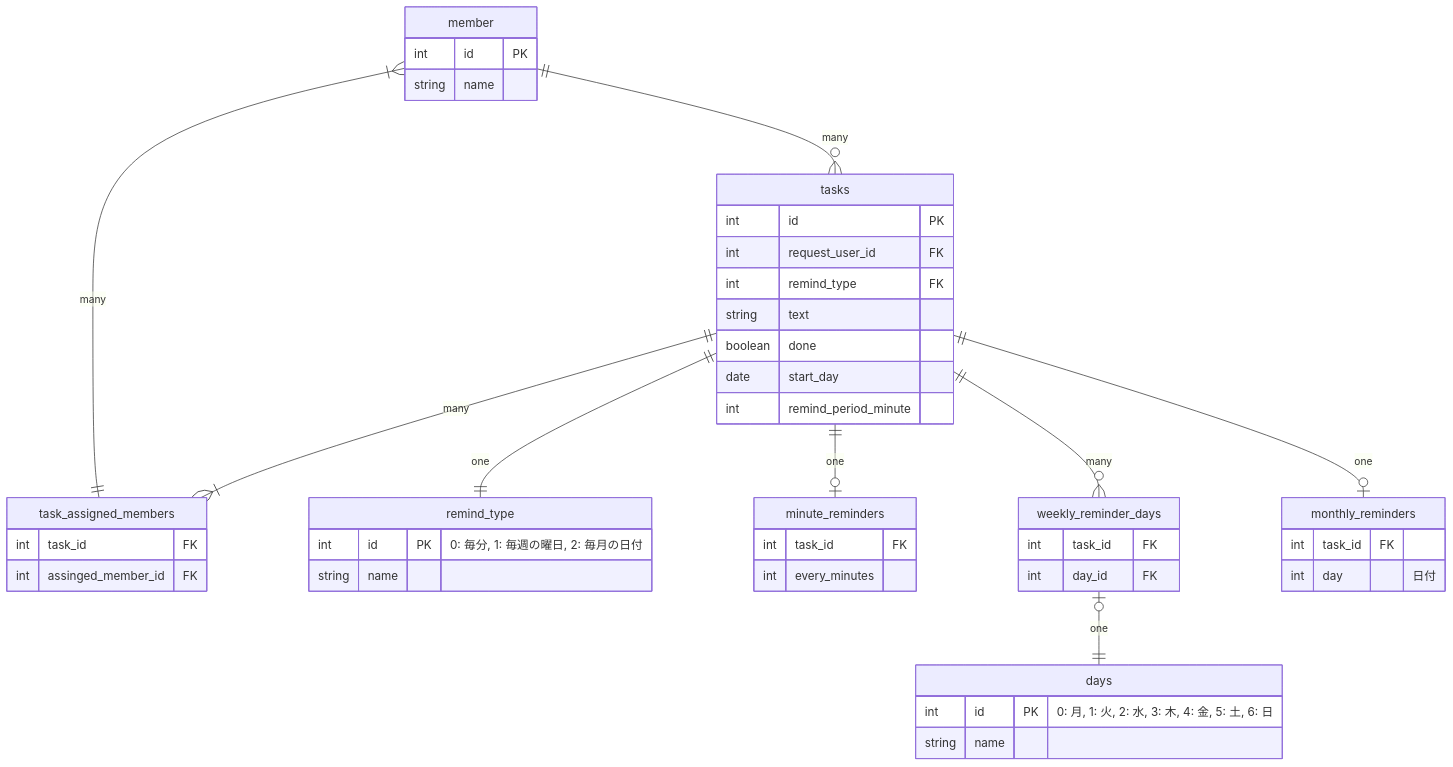
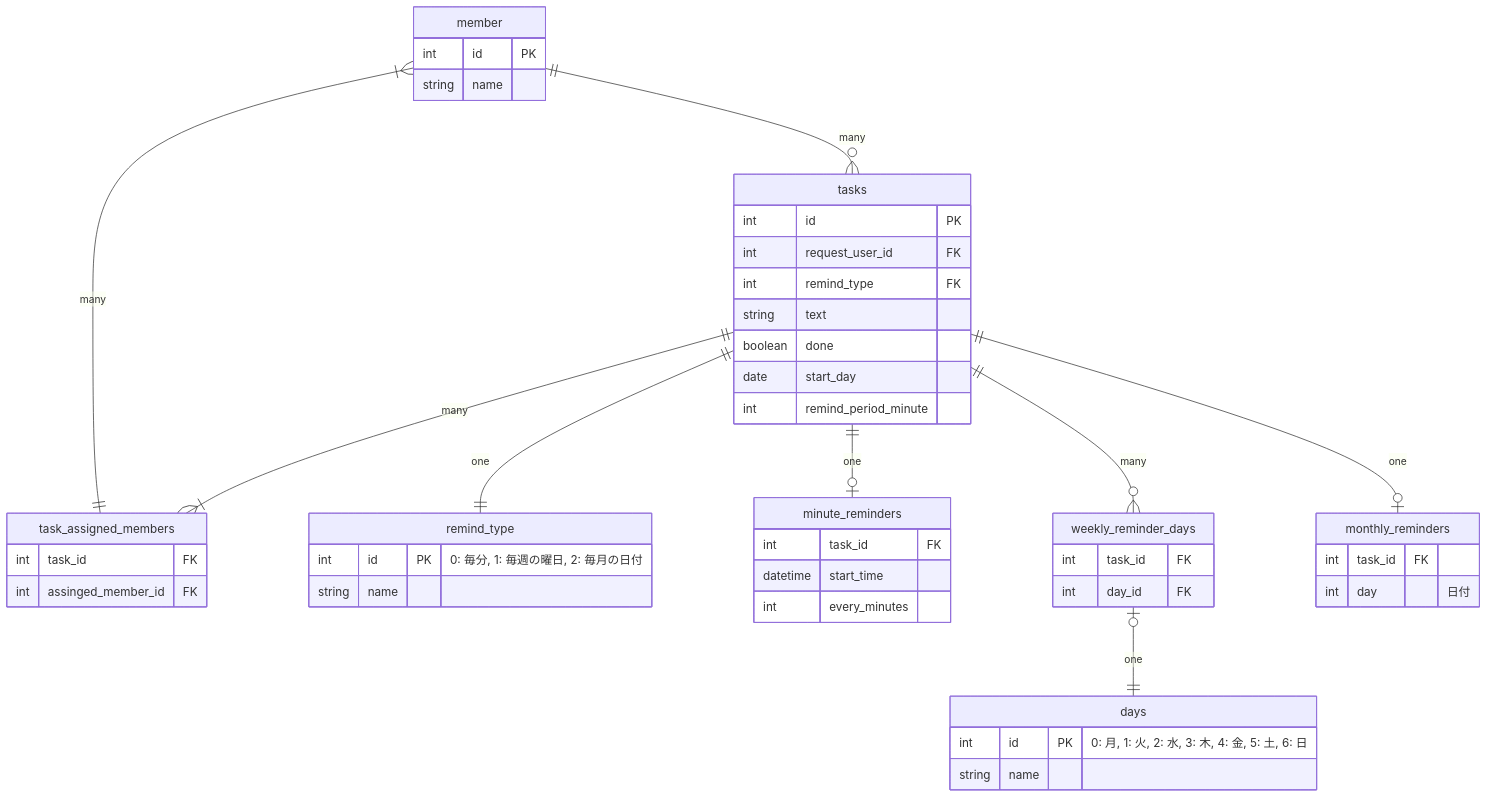
Before and after one commit to HitoroOhria/praha-challenge: the diagram in db/db-modeling-4/README.md, drawn with Mermaid. The commit also changed other lines of this file, not shown here.

````diff
--- a/db/db-modeling-4/README.md
+++ b/db/db-modeling-4/README.md
@@ -19,56 +19,57 @@
 ```mermaid
 erDiagram
 
 member ||--o{ tasks : "many"
 member }|--|| task_assigned_members : "many"
 member {
   int id PK
   string name
 }
 
 tasks ||--|{ task_assigned_members : "many"
 tasks ||--|| remind_type : "one"
 tasks ||--o| minute_reminders : "one"
 tasks ||--o{ weekly_reminder_days : "many"
 tasks ||--o| monthly_reminders : "one"
 tasks {
   int id PK
   int request_user_id FK
   int remind_type FK
   string text
   boolean done
   date start_day
   int remind_period_minute
 }
 
 task_assigned_members {
   int task_id FK
   int assinged_member_id FK 
 }
 
 remind_type {
   int id PK "0: 毎分, 1: 毎週の曜日, 2: 毎月の日付"
   string name
 }
 
 minute_reminders {
   int task_id FK
+  datetime start_time
   int every_minutes
 }
 
 weekly_reminder_days |o--|| days : "one"
 weekly_reminder_days {
   int task_id FK
   int day_id FK
 }
 
 monthly_reminders {
   int task_id FK
   int day "日付"
 }
 
 days {
   int id PK "0: 月, 1: 火, 2: 水, 3: 木, 4: 金, 5: 土, 6: 日"
   string name
 }
 ```
````
